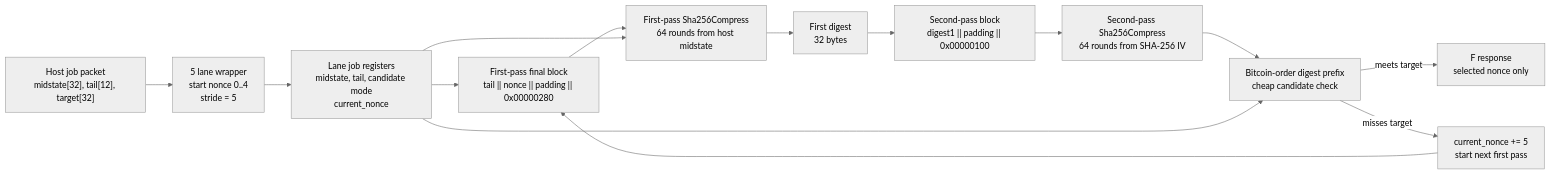
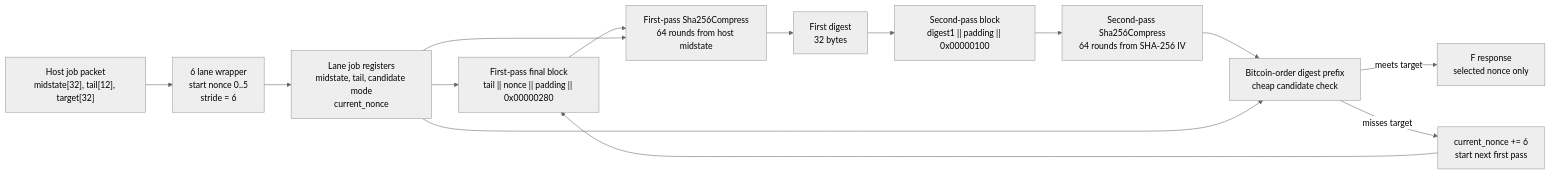
One commit to Distortions81/TangMiner changed the first of 4 diagrams in docs/compression-circuitry.md. Above: the diagram before and after it, drawn with Mermaid (neutral theme). The commit also changed other lines of this file and 17 other files, not shown here.

````diff
--- a/docs/compression-circuitry.md
+++ b/docs/compression-circuitry.md
@@ -14,28 +14,28 @@
 ```mermaid
 flowchart LR
     host["Host job packet<br/>midstate[32], tail[12], target[32]"]
-    lanes["5 lane wrapper<br/>start nonce 0..4<br/>stride = 5"]
+    lanes["6 lane wrapper<br/>start nonce 0..5<br/>stride = 6"]
     regs["Lane job registers<br/>midstate, tail, candidate mode<br/>current_nonce"]
     first_block["First-pass final block<br/>tail || nonce || padding || 0x00000280"]
     comp1["First-pass Sha256Compress<br/>64 rounds from host midstate"]
     digest1["First digest<br/>32 bytes"]
     second_block["Second-pass block<br/>digest1 || padding || 0x00000100"]
     comp2["Second-pass Sha256Compress<br/>64 rounds from SHA-256 IV"]
     compare["Bitcoin-order digest prefix<br/>cheap candidate check"]
     found["F response<br/>selected nonce only"]
-    next["current_nonce += 5<br/>start next first pass"]
+    next["current_nonce += 6<br/>start next first pass"]
 
     host --> lanes
     lanes --> regs
     regs --> first_block
     first_block --> comp1
     regs --> comp1
     comp1 --> digest1
     digest1 --> second_block
     second_block --> comp2
     comp2 --> compare
     regs --> compare
     compare -->|meets target| found
     compare -->|misses target| next
     next --> first_block
 ```
````
